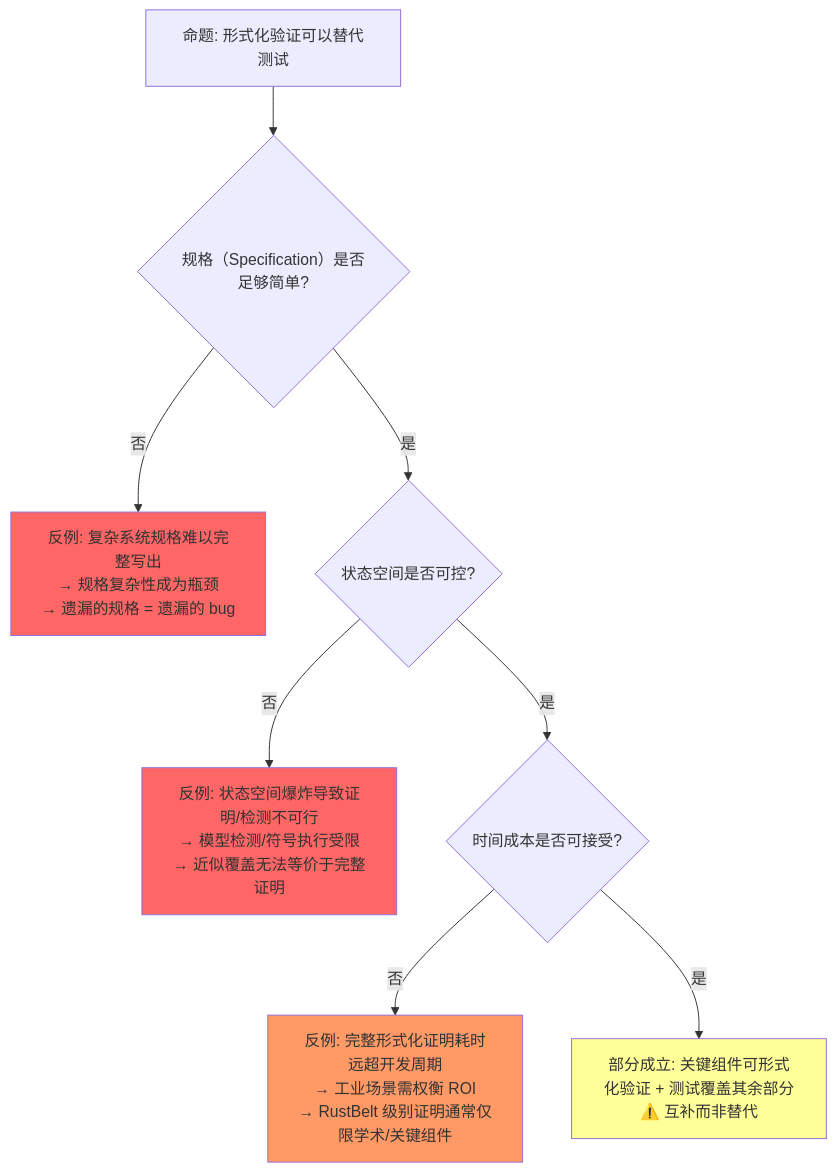
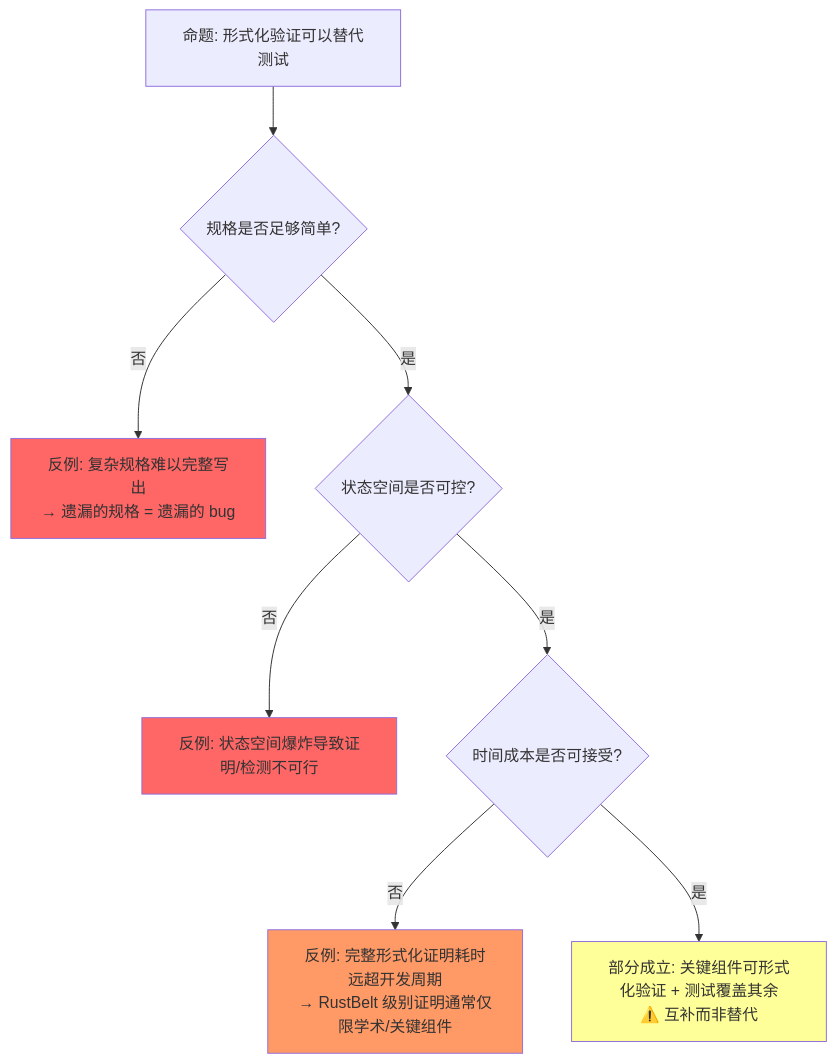
The second of 4 diagrams in concept/04_formal/04_rustbelt.md (martin-ly/rust-lang), drawn with Mermaid before and after one commit. The commit also changed other lines of this file and 16 other files, not shown here.

````diff
--- a/concept/04_formal/04_rustbelt.md
+++ b/concept/04_formal/04_rustbelt.md
@@ -125,15 +247,14 @@
 ```mermaid
 graph TD
-    P2["命题: 形式化验证可以替代测试"] --> Q4{"规格（Specification）是否足够简单?"}
-    Q4 -->|否| F4["反例: 复杂系统规格难以完整写出<br/>→ 规格复杂性成为瓶颈<br/>→ 遗漏的规格 = 遗漏的 bug"]
+    P2["命题: 形式化验证可以替代测试"] --> Q4{"规格是否足够简单?"}
+    Q4 -->|否| F4["反例: 复杂规格难以完整写出<br/>→ 遗漏的规格 = 遗漏的 bug"]
     Q4 -->|是| Q5{"状态空间是否可控?"}
-    Q5 -->|否| F5["反例: 状态空间爆炸导致证明/检测不可行<br/>→ 模型检测/符号执行受限<br/>→ 近似覆盖无法等价于完整证明"]
+    Q5 -->|否| F5["反例: 状态空间爆炸导致证明/检测不可行"]
     Q5 -->|是| Q6{"时间成本是否可接受?"}
-    Q6 -->|否| F6["反例: 完整形式化证明耗时远超开发周期<br/>→ 工业场景需权衡 ROI<br/>→ RustBelt 级别证明通常仅限学术/关键组件"]
-    Q6 -->|是| T2["部分成立: 关键组件可形式化验证 + 测试覆盖其余部分<br/>⚠️ 互补而非替代"]
-
+    Q6 -->|否| F6["反例: 完整形式化证明耗时远超开发周期<br/>→ RustBelt 级别证明通常仅限学术/关键组件"]
+    Q6 -->|是| T2["部分成立: 关键组件可形式化验证 + 测试覆盖其余<br/>⚠️ 互补而非替代"]
     style F4 fill:#f66
     style F5 fill:#f66
     style F6 fill:#f96
     style T2 fill:#ff9
 ```
````
